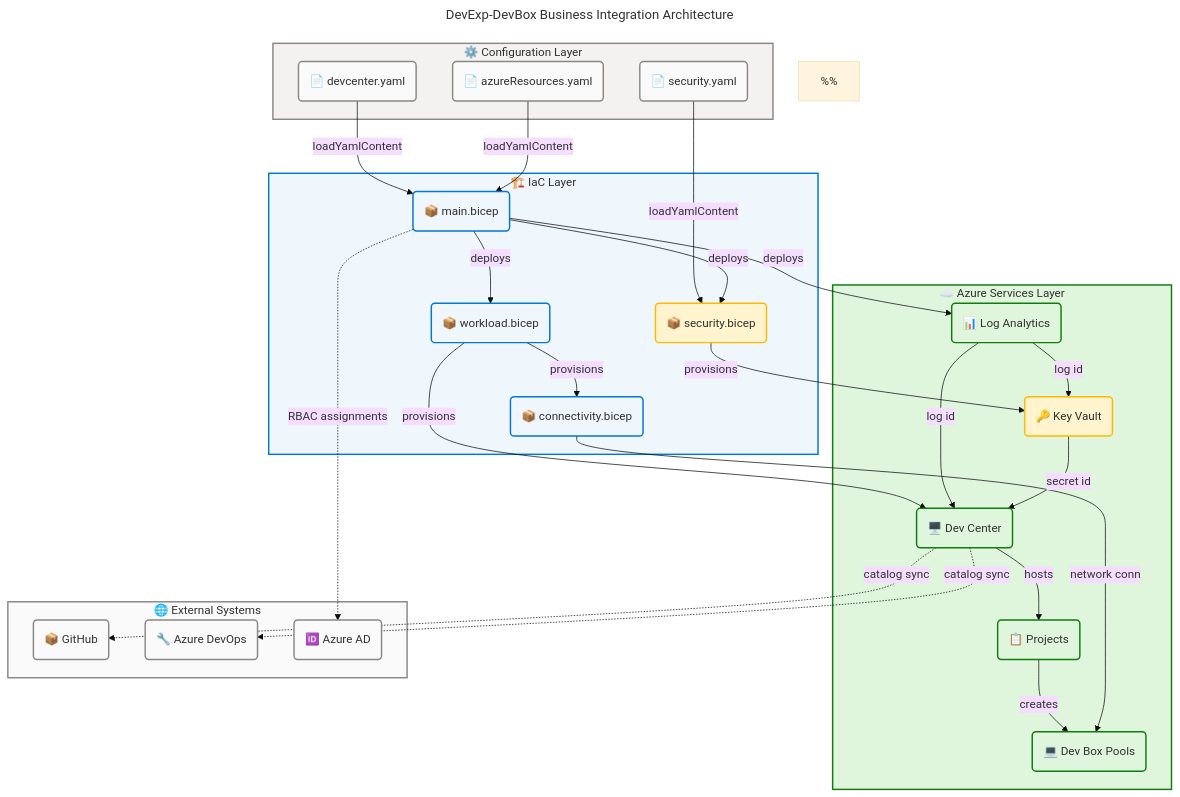
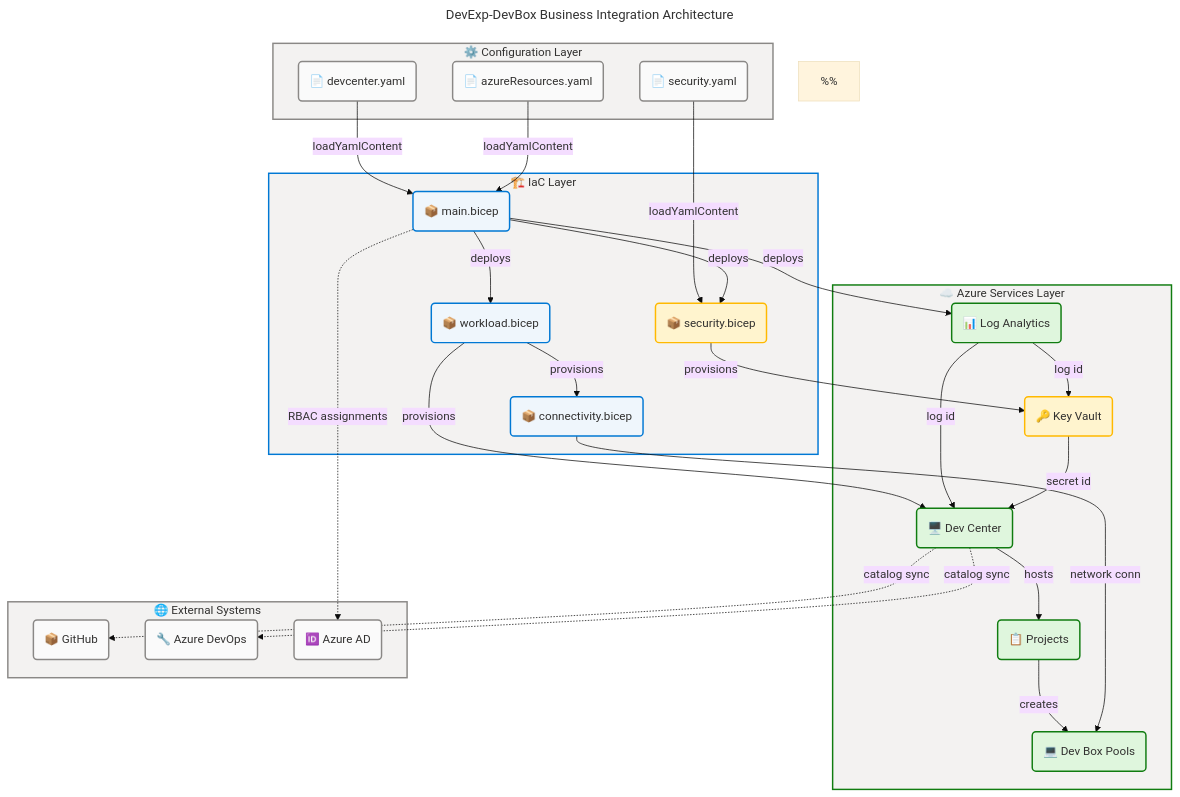
Before and after one commit to Evilazaro/DevExp-DevBox: the fifth of 5 diagrams in docs/architecture/bus-arch.md, drawn with Mermaid. The commit also changed other lines of this file and 3 other files, not shown here.

Commit message:
Refactor architecture documentation to enhance flowchart styles and enable HTML labels for improved visualization

````diff
--- a/docs/architecture/bus-arch.md
+++ b/docs/architecture/bus-arch.md
@@ -1013,7 +1013,7 @@
     classDef warning fill:#FFF4CE,stroke:#FFB900,stroke-width:2px,color:#323130
 
     style config_layer fill:#F3F2F1,stroke:#8A8886,stroke-width:2px,color:#323130
-    style iac_layer fill:#EFF6FC,stroke:#0078D4,stroke-width:2px,color:#323130
-    style azure_layer fill:#DFF6DD,stroke:#107C10,stroke-width:2px,color:#323130
-    style external fill:#FAFAFA,stroke:#8A8886,stroke-width:2px,color:#323130
+    style iac_layer fill:#F3F2F1,stroke:#0078D4,stroke-width:2px,color:#323130
+    style azure_layer fill:#F3F2F1,stroke:#107C10,stroke-width:2px,color:#323130
+    style external fill:#F3F2F1,stroke:#8A8886,stroke-width:2px,color:#323130
 ```
````
